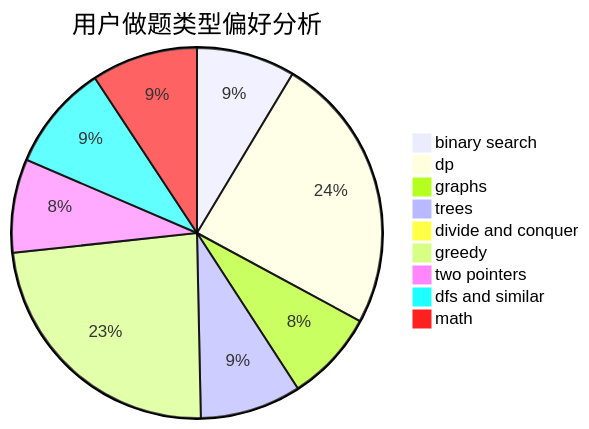
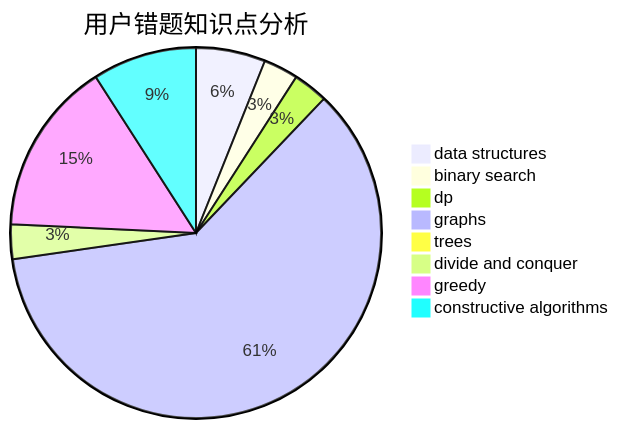
Before and after one commit to sherpahu/cfrs.github.io: the third of 3 diagrams in docs/user/u2720.md, drawn with Mermaid. The commit also changed other lines of this file and 2775 other files, not shown here.

````diff
--- a/docs/user/u2720.md
+++ b/docs/user/u2720.md
@@ -23,12 +36,11 @@
 ```mermaid
-pie title 用户做题类型偏好分析
-    "binary search" :  39
-    "dp" :  110
-    "graphs" :  36
-    "trees" :  40
-    "divide and conquer" :  4
-    "greedy" :  107
-    "two pointers" :  37
-    "dfs and similar" :  42
-    "math" :  42
+pie title 用户错题知识点分析
+    "data structures" :  4
+    "binary search" :  2
+    "dp" :  2
+    "graphs" :  40
+    "trees" :  0
+    "divide and conquer" :  2
+    "greedy" :  10
+    "constructive algorithms" :  6
 ```
````
